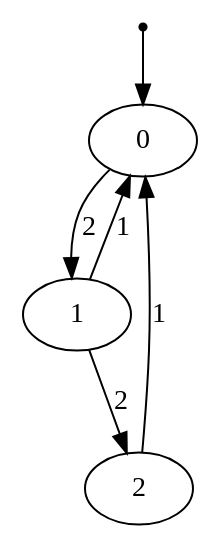
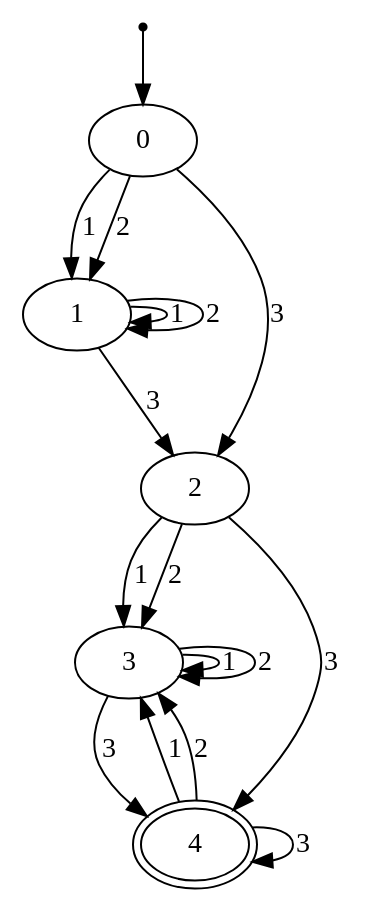
One commit to kladier/projetTL changed the diagram in automate-project/tmp.dot. Above: the diagram before and after it, drawn with Graphviz. The commit also changed 7 other files, not shown here.

```diff
--- a/automate-project/tmp.dot
+++ b/automate-project/tmp.dot
@@ -1,11 +1,24 @@
 digraph a { 
-F0[shape=point] ;
-F0->0 ;
-0->1 [label="2"] ;
-1 ;
-1->0 [label="1"] ;
-1->2 [label="2"] ;
-2 ;
-2->0 [label="1"] ;
+"F0"[shape=point] ;
+"F0"->"0" ;
+"0"->"1" [label="1"] ;
+"0"->"1" [label="2"] ;
+"0"->"2" [label="3"] ;
+"1" ;
+"1"->"1" [label="1"] ;
+"1"->"1" [label="2"] ;
+"1"->"2" [label="3"] ;
+"2" ;
+"2"->"3" [label="1"] ;
+"2"->"3" [label="2"] ;
+"2"->"4" [label="3"] ;
+"3" ;
+"3"->"3" [label="1"] ;
+"3"->"3" [label="2"] ;
+"3"->"4" [label="3"] ;
+"4"[peripheries=2] ;
+"4"->"3" [label="1"] ;
+"4"->"3" [label="2"] ;
+"4"->"4" [label="3"] ;
 
  }
```
